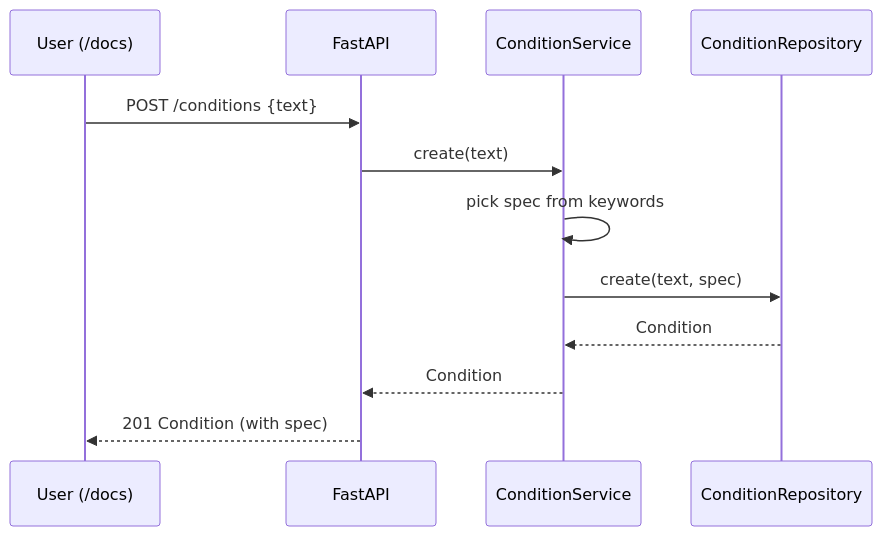
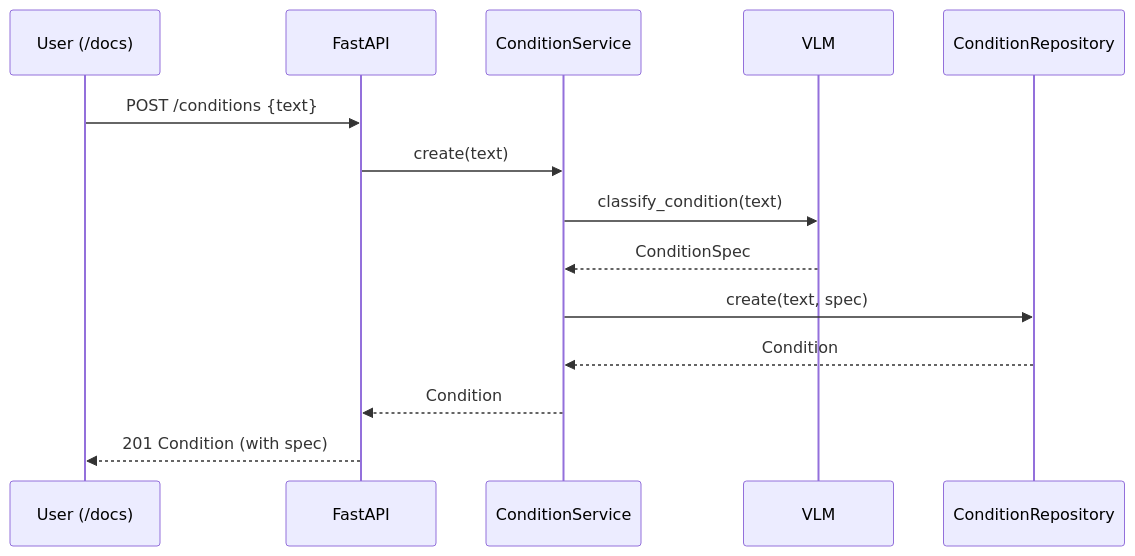
One commit to Xeena2812/adrec-hw changed the fifth of 6 diagrams in doc/class-diagrams.md. Above: the diagram before and after it, drawn with Mermaid. The commit also changed other lines of this file and 6 other files, not shown here.

First line of the commit message:
Add condition service, context gatherer and VLM interface

````diff
--- a/doc/class-diagrams.md
+++ b/doc/class-diagrams.md
@@ -273,15 +277,17 @@
 ```mermaid
 sequenceDiagram
     participant U as User (/docs)
     participant API as FastAPI
     participant CS as ConditionService
+    participant V as VLM
     participant CR as ConditionRepository
 
     U->>API: POST /conditions {text}
     API->>CS: create(text)
-    CS->>CS: pick spec from keywords
+    CS->>V: classify_condition(text)
+    V-->>CS: ConditionSpec
     CS->>CR: create(text, spec)
     CR-->>CS: Condition
     CS-->>API: Condition
     API-->>U: 201 Condition (with spec)
 ```
````
